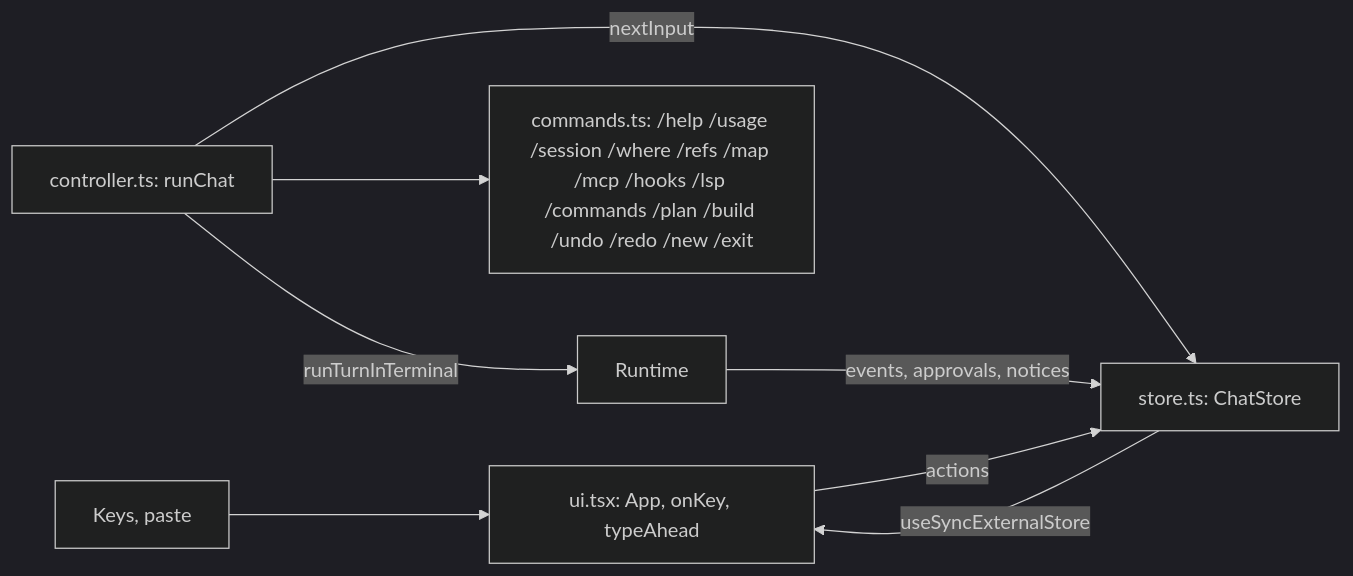
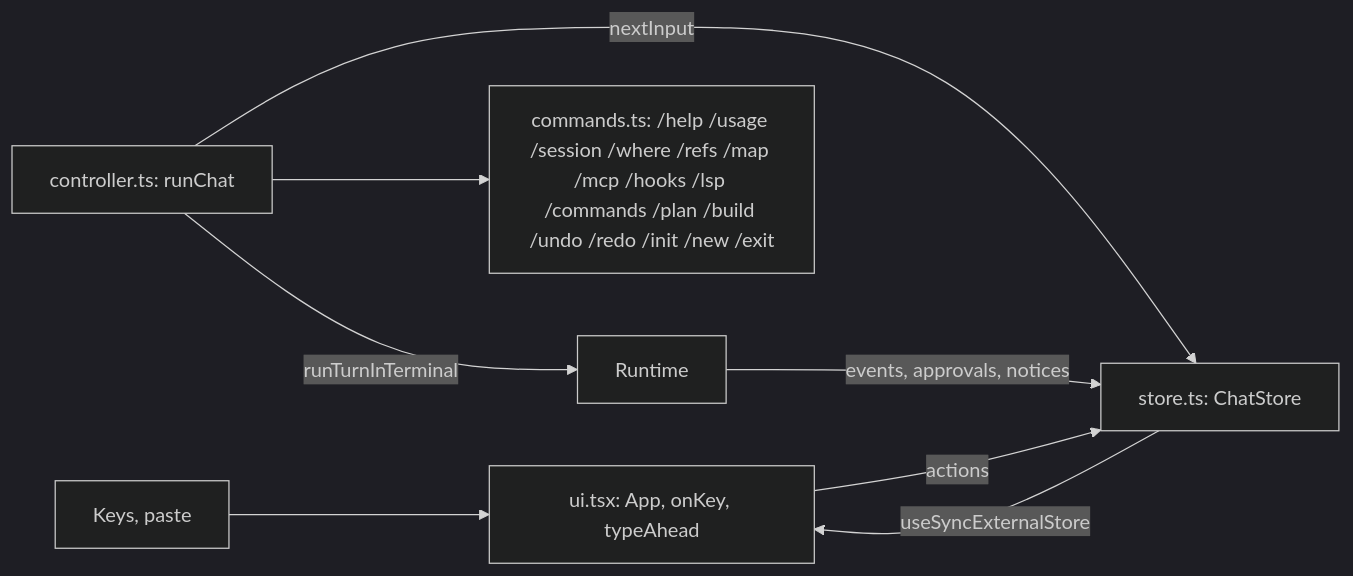
Before and after one commit to madhu-sv/garuda: the diagram in docs/lld/cli.md, drawn with Mermaid (dark theme). The commit also changed other lines of this file and 23 other files, not shown here.

````diff
--- a/docs/lld/cli.md
+++ b/docs/lld/cli.md
@@ -67,10 +67,10 @@
 ```mermaid
 flowchart LR
   keys[Keys, paste] --> ui[ui.tsx: App, onKey, typeAhead]
   ui -->|actions| store[store.ts: ChatStore]
   store -->|useSyncExternalStore| ui
   ctrl[controller.ts: runChat] -->|nextInput| store
-  ctrl --> cmds[commands.ts: /help /usage /session /where /refs /map /mcp /hooks /lsp /commands /plan /build /undo /redo /new /exit]
+  ctrl --> cmds[commands.ts: /help /usage /session /where /refs /map /mcp /hooks /lsp /commands /plan /build /undo /redo /init /new /exit]
   ctrl -->|runTurnInTerminal| rt[Runtime]
   rt -->|events, approvals, notices| store
 ```
````
